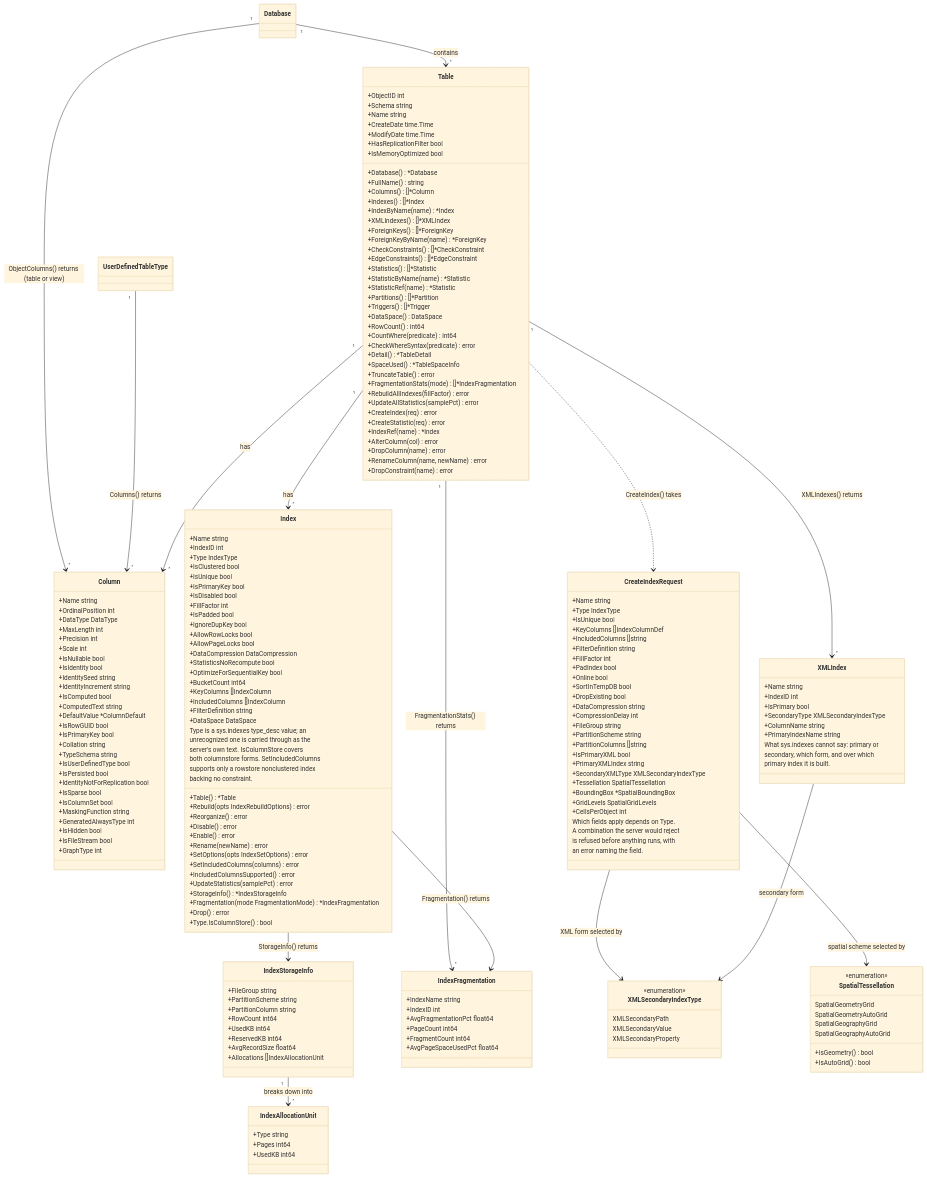
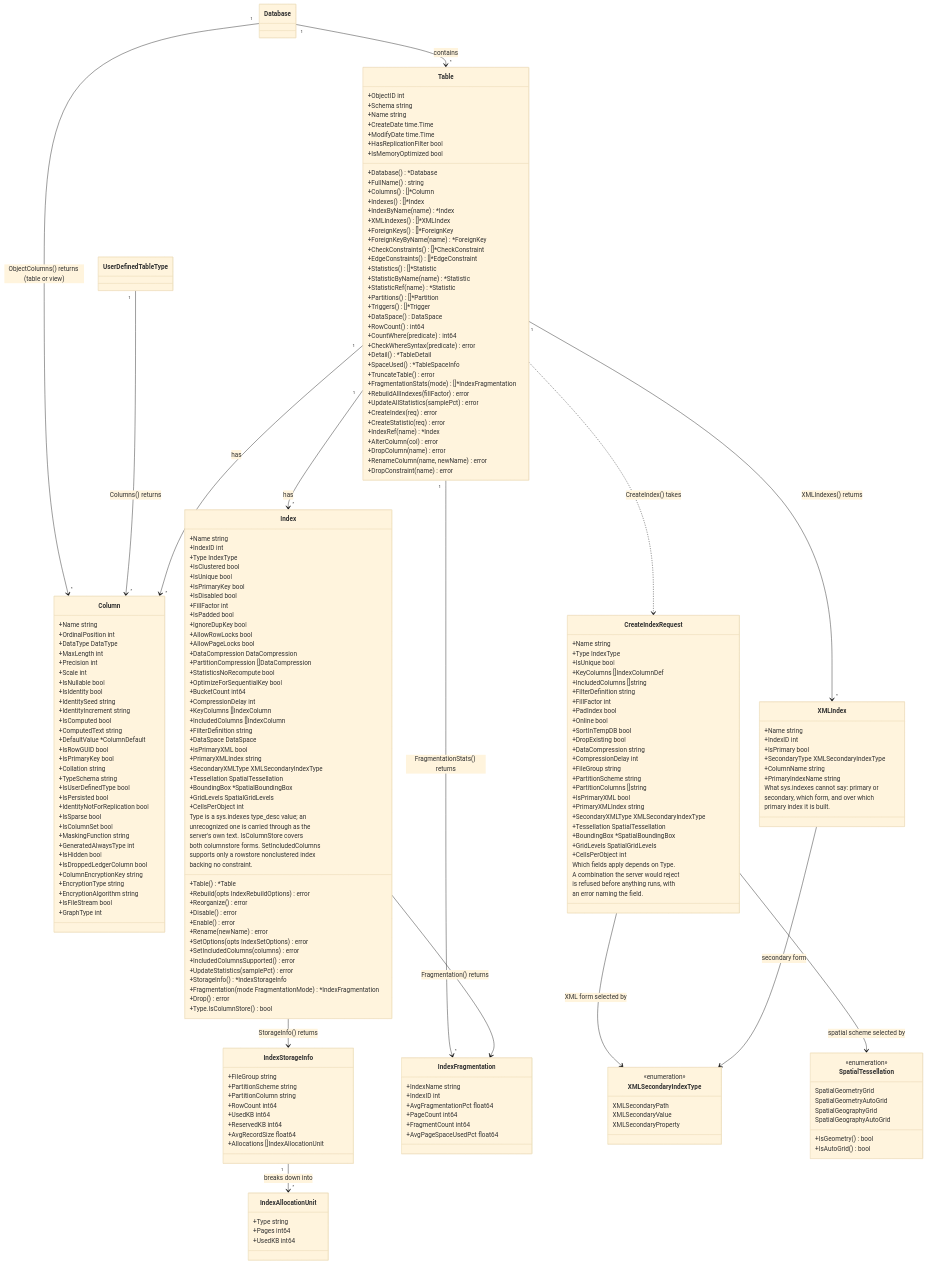
Before and after one commit to radix29/gosmo: the diagram in diagram/10-tables-and-indexes.mmd, drawn with Mermaid (base theme). The commit also changed 34 other files, not shown here.

```diff
--- a/diagram/10-tables-and-indexes.mmd
+++ b/diagram/10-tables-and-indexes.mmd
@@ -72,6 +72,10 @@
         +MaskingFunction string
         +GeneratedAlwaysType int
         +IsHidden bool
+        +IsDroppedLedgerColumn bool
+        +ColumnEncryptionKey string
+        +EncryptionType string
+        +EncryptionAlgorithm string
         +IsFileStream bool
         +GraphType int
     }
@@ -90,13 +94,22 @@
         +AllowRowLocks bool
         +AllowPageLocks bool
         +DataCompression DataCompression
+        +PartitionCompression []DataCompression
         +StatisticsNoRecompute bool
         +OptimizeForSequentialKey bool
         +BucketCount int64
+        +CompressionDelay int
         +KeyColumns []IndexColumn
         +IncludedColumns []IndexColumn
         +FilterDefinition string
         +DataSpace DataSpace
+        +IsPrimaryXML bool
+        +PrimaryXMLIndex string
+        +SecondaryXMLType XMLSecondaryIndexType
+        +Tessellation SpatialTessellation
+        +BoundingBox *SpatialBoundingBox
+        +GridLevels SpatialGridLevels
+        +CellsPerObject int
         +Table() *Table
         +Rebuild(opts IndexRebuildOptions) error
         +Reorganize() error
```
